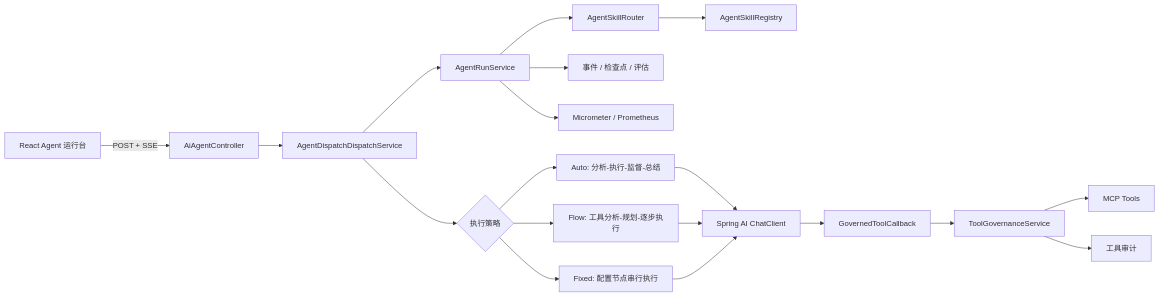
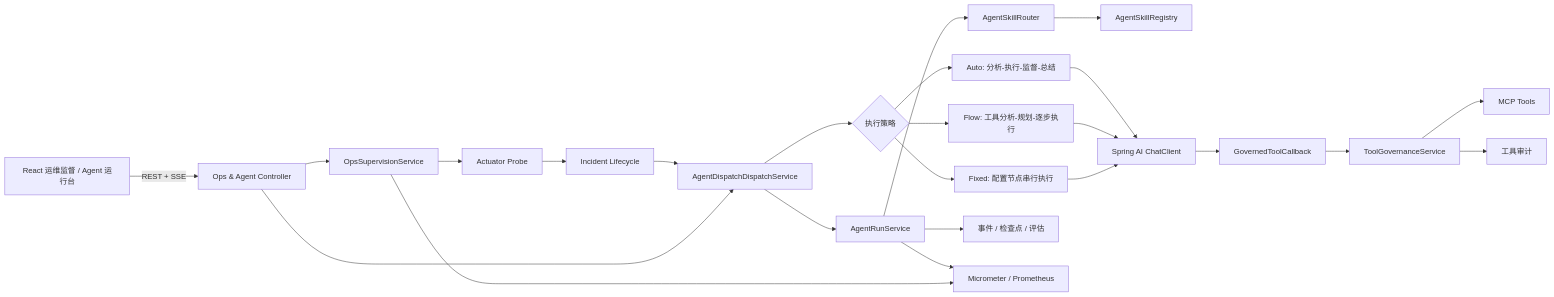
Before and after one commit to wangyijie01/ai-agent-station-v2: the first of 3 diagrams in docs/agent-v2-design.md, drawn with Mermaid. The commit also changed other lines of this file and 45 other files, not shown here.

````diff
--- a/docs/agent-v2-design.md
+++ b/docs/agent-v2-design.md
@@ -17,21 +25,26 @@
 ```mermaid
 flowchart LR
-    UI["React Agent 运行台"] -->|"POST + SSE"| API["AiAgentController"]
-    API --> DISPATCH["AgentDispatchDispatchService"]
+    UI["React 运维监督 / Agent 运行台"] -->|"REST + SSE"| API["Ops & Agent Controller"]
+    API --> OPS["OpsSupervisionService"]
+    OPS --> PROBE["Actuator Probe"]
+    PROBE --> INCIDENT["Incident Lifecycle"]
+    INCIDENT --> DISPATCH["AgentDispatchDispatchService"]
+    API --> DISPATCH
     DISPATCH --> RUN["AgentRunService"]
     RUN --> ROUTER["AgentSkillRouter"]
     ROUTER --> REGISTRY["AgentSkillRegistry"]
     DISPATCH --> STRATEGY{"执行策略"}
     STRATEGY --> AUTO["Auto: 分析-执行-监督-总结"]
     STRATEGY --> FLOW["Flow: 工具分析-规划-逐步执行"]
     STRATEGY --> FIXED["Fixed: 配置节点串行执行"]
     AUTO --> MODEL["Spring AI ChatClient"]
     FLOW --> MODEL
     FIXED --> MODEL
     MODEL --> CALLBACK["GovernedToolCallback"]
     CALLBACK --> POLICY["ToolGovernanceService"]
     POLICY --> MCP["MCP Tools"]
     RUN --> EVENT["事件 / 检查点 / 评估"]
     POLICY --> AUDIT["工具审计"]
     RUN --> METRIC["Micrometer / Prometheus"]
+    OPS --> METRIC
 ```
````
